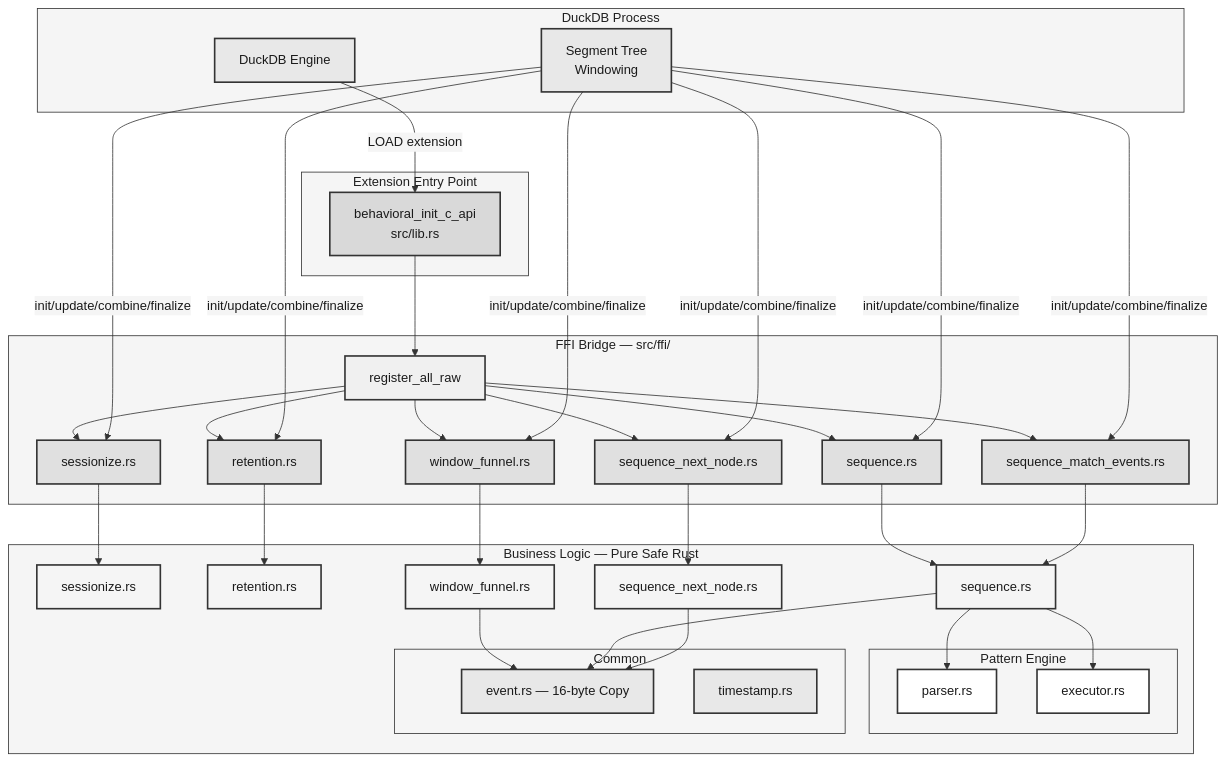
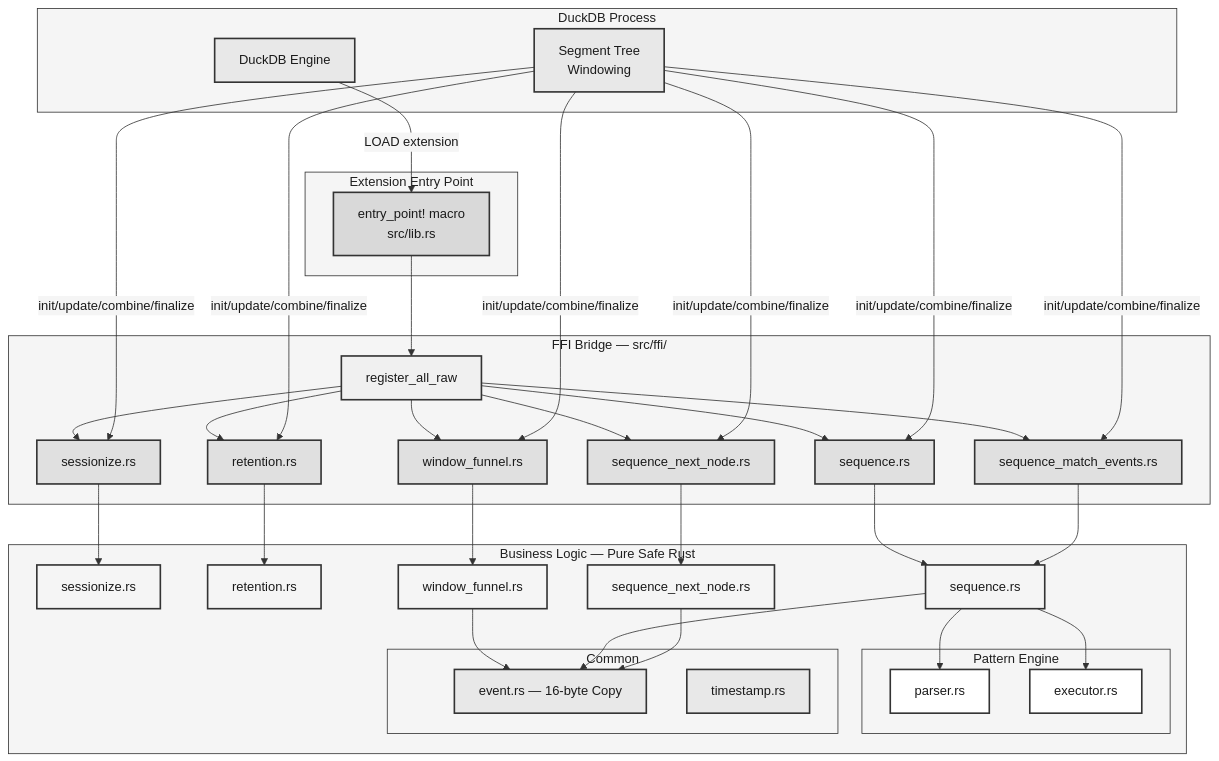
Before and after one commit to tomtom215/duckdb-behavioral: the first of 4 diagrams in docs/src/engineering.md, drawn with Mermaid. The commit also changed other lines of this file and 15 other files, not shown here.

````diff
--- a/docs/src/engineering.md
+++ b/docs/src/engineering.md
@@ -39,73 +39,73 @@
 ```mermaid
 %%{init: {'theme': 'base', 'themeVariables': {'primaryColor': '#ffffff', 'primaryTextColor': '#1a1a1a', 'primaryBorderColor': '#333333', 'lineColor': '#333333', 'secondaryColor': '#f5f5f5', 'tertiaryColor': '#e0e0e0', 'textColor': '#1a1a1a', 'mainBkg': '#ffffff', 'clusterBkg': '#f5f5f5', 'clusterBorder': '#333333'}}}%%
 graph TB
     subgraph "DuckDB Process"
         DDB[DuckDB Engine]
         SEG[Segment Tree<br/>Windowing]
     end
 
     subgraph "Extension Entry Point"
-        EP[behavioral_init_c_api<br/>src/lib.rs]
+        EP[entry_point! macro<br/>src/lib.rs]
     end
 
     subgraph "FFI Bridge — src/ffi/"
         REG[register_all_raw]
         FS[sessionize.rs]
         FR[retention.rs]
         FW[window_funnel.rs]
         FQ[sequence.rs]
         FE[sequence_match_events.rs]
         FN[sequence_next_node.rs]
     end
 
     subgraph "Business Logic — Pure Safe Rust"
         SS[sessionize.rs]
         SR[retention.rs]
         SW[window_funnel.rs]
         SQ[sequence.rs]
         SN[sequence_next_node.rs]
         subgraph "Pattern Engine"
             PP[parser.rs]
             PE[executor.rs]
         end
         subgraph "Common"
             EV[event.rs — 16-byte Copy]
             TS[timestamp.rs]
         end
     end
 
     DDB -->|LOAD extension| EP
     EP --> REG
     REG --> FS & FR & FW & FQ & FE & FN
     SEG -->|init/update/combine/finalize| FS & FR & FW & FQ & FE & FN
     FS --> SS
     FR --> SR
     FW --> SW
     FQ --> SQ
     FE --> SQ
     FN --> SN
     SQ --> PP & PE
     SW --> EV
     SQ --> EV
     SN --> EV
 
     style EP fill:#d9d9d9,stroke:#333333,stroke-width:2px,color:#1a1a1a
     style DDB fill:#e8e8e8,stroke:#333333,stroke-width:2px,color:#1a1a1a
     style SEG fill:#e8e8e8,stroke:#333333,stroke-width:2px,color:#1a1a1a
     style REG fill:#f0f0f0,stroke:#333333,stroke-width:2px,color:#1a1a1a
     style FS fill:#e0e0e0,stroke:#333333,stroke-width:2px,color:#1a1a1a
     style FR fill:#e0e0e0,stroke:#333333,stroke-width:2px,color:#1a1a1a
     style FW fill:#e0e0e0,stroke:#333333,stroke-width:2px,color:#1a1a1a
     style FQ fill:#e0e0e0,stroke:#333333,stroke-width:2px,color:#1a1a1a
     style FE fill:#e0e0e0,stroke:#333333,stroke-width:2px,color:#1a1a1a
     style FN fill:#e0e0e0,stroke:#333333,stroke-width:2px,color:#1a1a1a
     style SS fill:#f5f5f5,stroke:#333333,stroke-width:2px,color:#1a1a1a
     style SR fill:#f5f5f5,stroke:#333333,stroke-width:2px,color:#1a1a1a
     style SW fill:#f5f5f5,stroke:#333333,stroke-width:2px,color:#1a1a1a
     style SQ fill:#f5f5f5,stroke:#333333,stroke-width:2px,color:#1a1a1a
     style SN fill:#f5f5f5,stroke:#333333,stroke-width:2px,color:#1a1a1a
     style PP fill:#ffffff,stroke:#333333,stroke-width:2px,color:#1a1a1a
     style PE fill:#ffffff,stroke:#333333,stroke-width:2px,color:#1a1a1a
     style EV fill:#e8e8e8,stroke:#333333,stroke-width:2px,color:#1a1a1a
     style TS fill:#e8e8e8,stroke:#333333,stroke-width:2px,color:#1a1a1a
 ```
````
